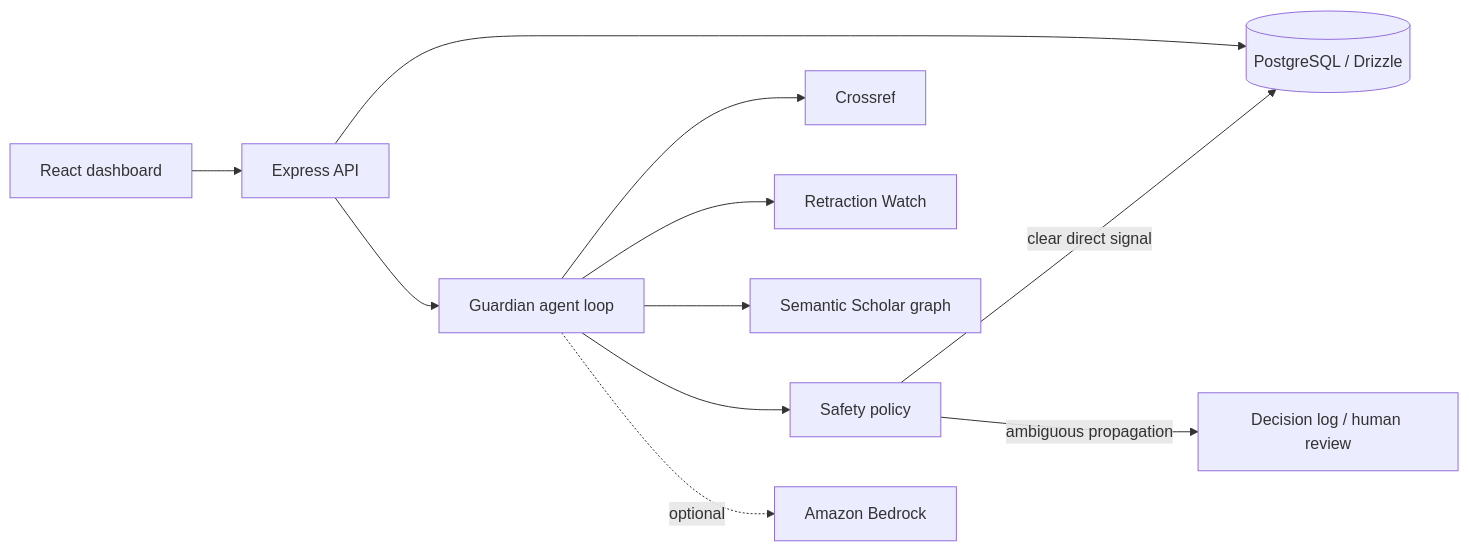
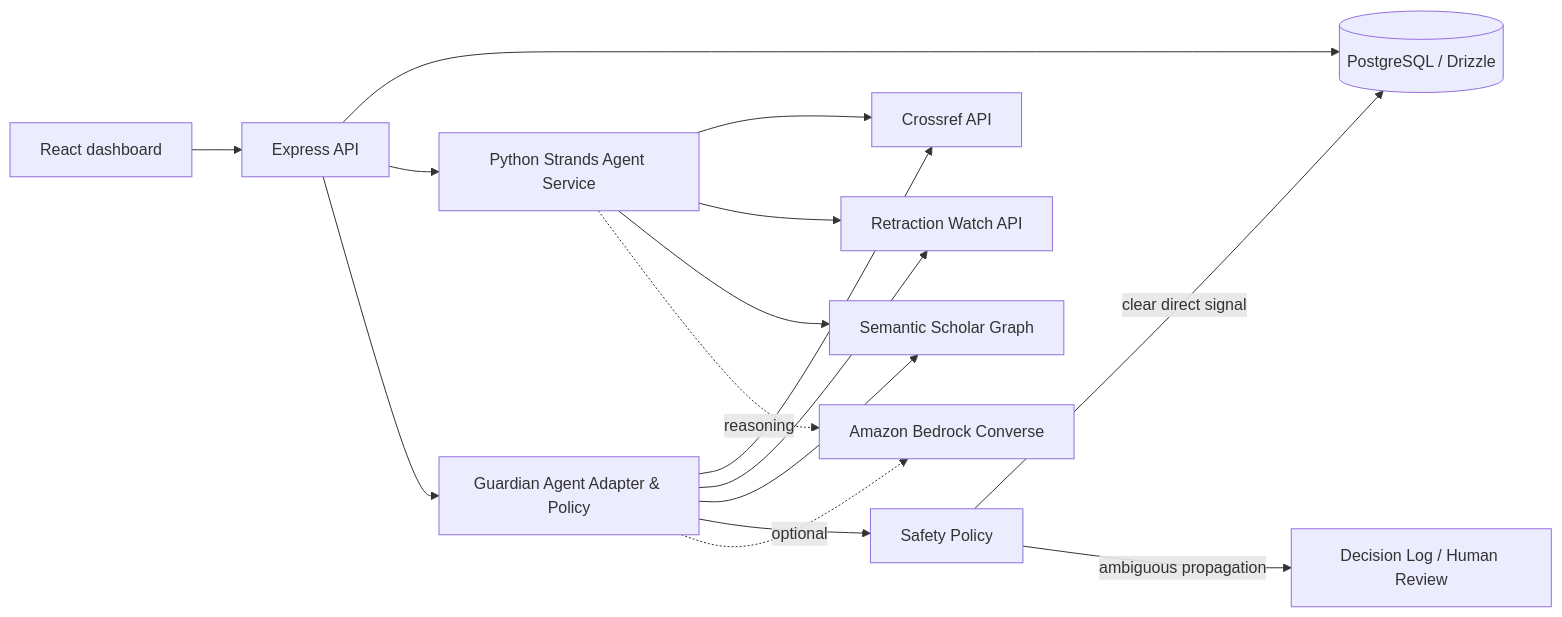
Before and after one commit to Madhavan20906/Grant-Guardian: the diagram in README.md, drawn with Mermaid. The commit also changed other lines of this file and 17 other files, not shown here.

Commit message:
Enhance UI polish, Strands reasoning in audit drawer, test coverage, and documentation

````diff
--- a/README.md
+++ b/README.md
@@ -38,13 +58,18 @@
 ```mermaid
 flowchart LR
   UI[React dashboard] --> API[Express API]
   API --> DB[(PostgreSQL / Drizzle)]
-  API --> LOOP[Guardian agent loop]
-  LOOP --> CR[Crossref]
-  LOOP --> RW[Retraction Watch]
-  LOOP --> SS[Semantic Scholar graph]
-  LOOP --> POLICY[Safety policy]
+  API --> STRANDS[Python Strands Agent Service]
+  STRANDS --> CR[Crossref API]
+  STRANDS --> RW[Retraction Watch API]
+  STRANDS --> SS[Semantic Scholar Graph]
+  API --> LOOP[Guardian Agent Adapter & Policy]
+  LOOP --> CR
+  LOOP --> RW
+  LOOP --> SS
+  LOOP --> POLICY[Safety Policy]
   POLICY -->|clear direct signal| DB
-  POLICY -->|ambiguous propagation| HUMAN[Decision log / human review]
-  LOOP -. optional .-> BEDROCK[Amazon Bedrock]
+  POLICY -->|ambiguous propagation| HUMAN[Decision Log / Human Review]
+  LOOP -. optional .-> BEDROCK[Amazon Bedrock Converse]
+  STRANDS -. reasoning .-> BEDROCK
 ```
````
